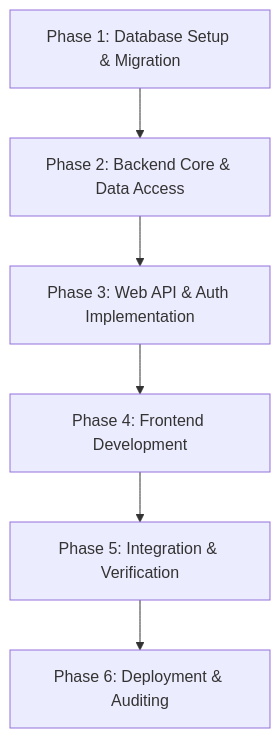
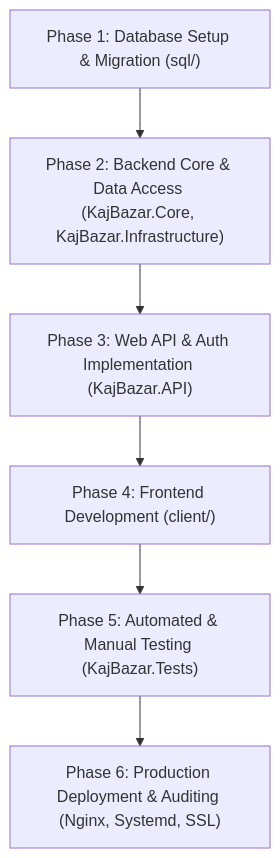
The diagram in docs/walkthrough.md (arif-z04/KajBazar), drawn with Mermaid before and after one commit. The commit also changed other lines of this file and 92 other files, not shown here.

````diff
--- a/docs/walkthrough.md
+++ b/docs/walkthrough.md
@@ -9,8 +9,8 @@
 ```mermaid
 flowchart TD
-    A[Phase 1: Database Setup & Migration] --> B[Phase 2: Backend Core & Data Access]
-    B --> C[Phase 3: Web API & Auth Implementation]
-    C --> D[Phase 4: Frontend Development]
-    D --> E[Phase 5: Integration & Verification]
-    E --> F[Phase 6: Deployment & Auditing]
+    A["Phase 1: Database Setup & Migration (sql/)"] --> B["Phase 2: Backend Core & Data Access (KajBazar.Core, KajBazar.Infrastructure)"]
+    B --> C["Phase 3: Web API & Auth Implementation (KajBazar.API)"]
+    C --> D["Phase 4: Frontend Development (client/)"]
+    D --> E["Phase 5: Automated & Manual Testing (KajBazar.Tests)"]
+    E --> F["Phase 6: Production Deployment & Auditing (Nginx, Systemd, SSL)"]
 ```
````
